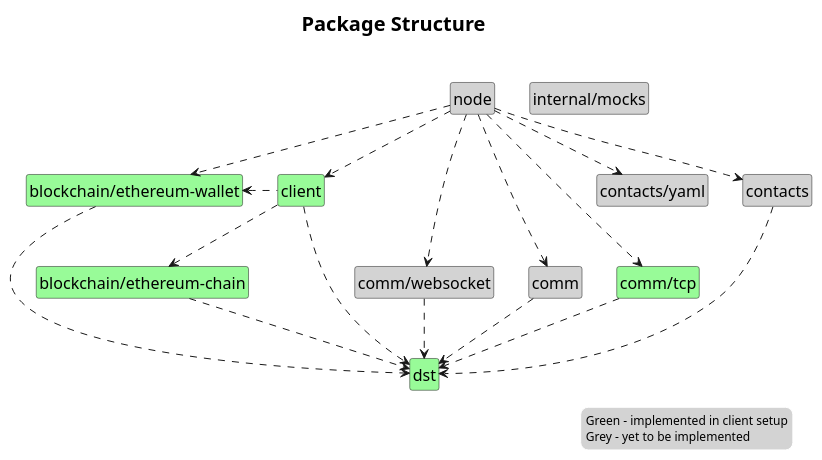
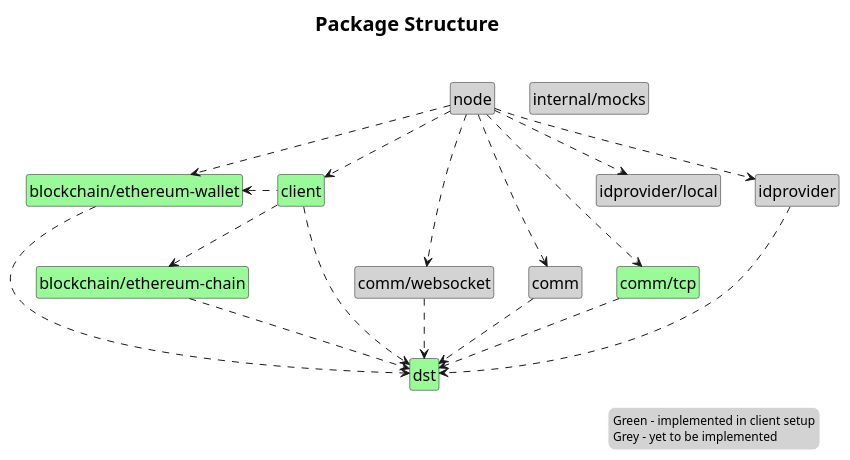
The diagram in design/002/package_structure.plantuml (hyperledger-labs/perun-proposals), drawn with PlantUML before and after one commit. The commit also changed 2 other files, not shown here.

Commit message:
Rename contacts to ID provider, peer to peer ID (#6)
Relates to perun-node/issues/123.

```diff
--- a/design/002/package_structure.plantuml
+++ b/design/002/package_structure.plantuml
@@ -1,51 +1,51 @@
 @startuml package_structure
 title Package Structure\n
 
 skinparam {
     ComponentStyle uml2
     TitleFontSize 20
     ClassFontSize 16
     LegendFontSize 12
     LegendBackgroundColor LightGrey
     LegendBorderColor White
     ClassBackgroundColor PaleGreen
 }
 
 
 hide circle
 hide empty members
 
 class "internal/mocks" #LightGrey
 class "client"
 class "comm/websocket" #LightGrey
 class "comm" #LightGrey
 class "comm/tcp"
-class "contacts/yaml" #LightGrey
-class "contacts" #LightGrey
+class "idprovider/local" #LightGrey
+class "idprovider" #LightGrey
 class "blockchain/ethereum-wallet"
 class "blockchain/ethereum-chain"
 class "node" #LightGrey
 
-"contacts" ..> dst
+"idprovider" ..> dst
 "comm/tcp" ..> dst
 "comm" ..> dst
 "comm/websocket" ..> dst
 "client" ..> dst
 "blockchain/ethereum-wallet" ..> dst
 "blockchain/ethereum-chain" ..> dst
 "node" ..> "blockchain/ethereum-wallet"
 "client" ..> "blockchain/ethereum-chain"
 "client" .left.> "blockchain/ethereum-wallet"
-"node" ..> "contacts"
-"node" ..> "contacts/yaml"
+"node" ..> "idprovider"
+"node" ..> "idprovider/local"
 "node" ..> "comm"
 "node" ..> "comm/tcp"
 "node" ..> "comm/websocket"
 "node" ..> "client"
 
 legend bottom right
     Green - implemented in client setup
     Grey - yet to be implemented
 endlegend
 
 @enduml
```
